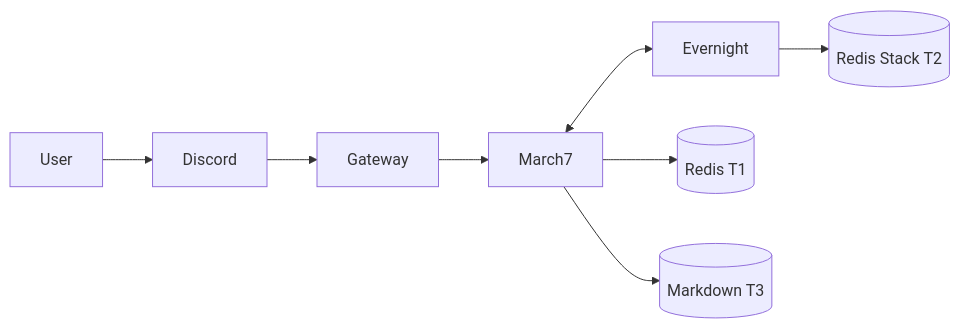
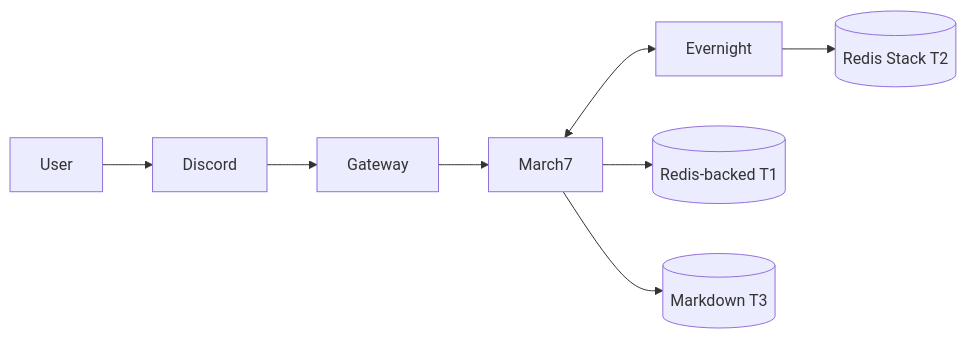
The diagram in README.MD (Flowerf19/Harness_agent), drawn with Mermaid before and after one commit. The commit also changed other lines of this file and 1 other file, not shown here.

First line of the commit message:
docs: align README with memory architecture

````diff
--- a/README.MD
+++ b/README.MD
@@ -38,10 +38,10 @@
 ```mermaid
 flowchart LR
     U[User] --> D[Discord]
     D --> G[Gateway]
     G --> M[March7]
     M <--> E[Evernight]
-    M --> R[(Redis T1)]
+    M --> R[(Redis-backed T1)]
     E --> Q[(Redis Stack T2)]
     M --> T[(Markdown T3)]
 ```
````
